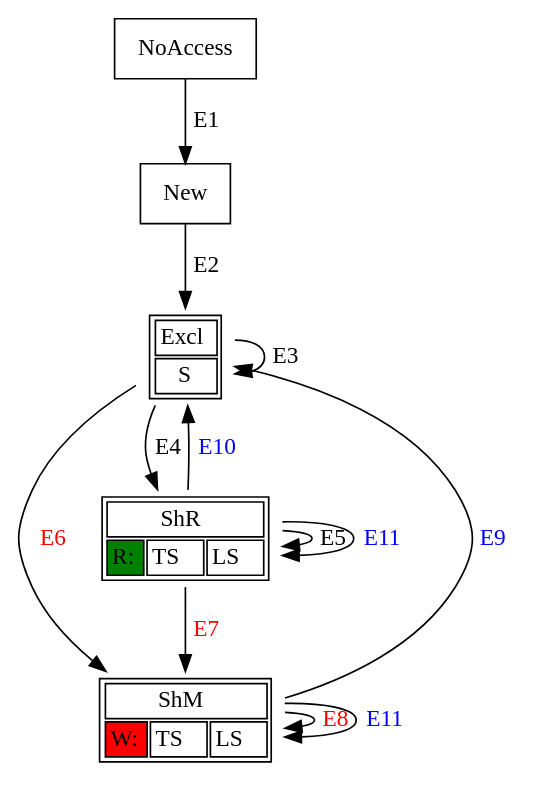
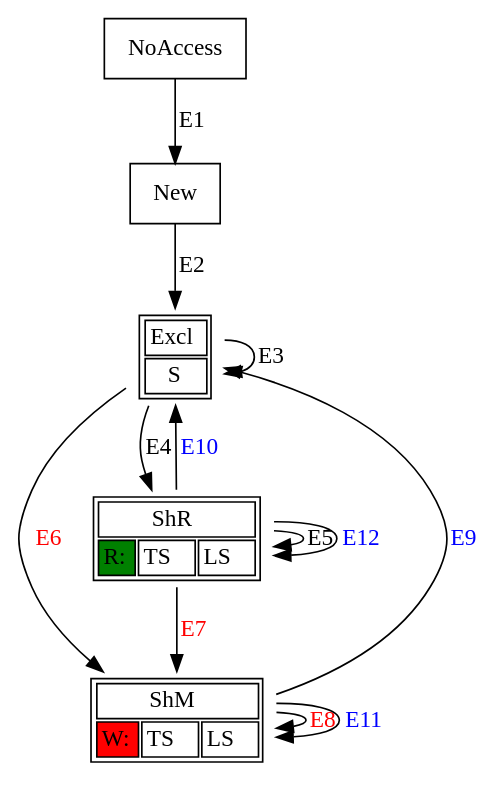
One commit to spurious/ThreadSanitizer-mirror changed the diagram in msm/helgrind330.dot. Above: the diagram before and after it, drawn with Graphviz. The commit also changed 1 other file, not shown here.

```diff
--- a/msm/helgrind330.dot
+++ b/msm/helgrind330.dot
@@ -1,50 +1,50 @@
 // This graph show the memory state machine in helgrind 3.3.0
 
 digraph helgrind330{
    NoAccess [shape=rectangle label="NoAccess"];
 
    New [shape=rectangle label="New"];
 
    Excl [shape=plaintext label=<<TABLE BGCOLOR="white"> <tr> 
         <td colspan="1">Excl</td> 
       </tr> <tr> 
         <td>S</td>
       </tr> </TABLE>>
     ]
     
     ShM  [shape=plaintext label=<<TABLE BGCOLOR="white"> <tr> 
         <td colspan="3">ShM</td> 
       </tr> <tr> 
         <td bgcolor="red">W:</td>
         <td> TS </td>
         <td> LS </td>
       </tr> </TABLE>>
     ]
 
     ShR  [shape=plaintext label=<<TABLE BGCOLOR="white"> <tr> 
         <td colspan="3">ShR</td> 
       </tr> <tr> 
         <td bgcolor="green">R:</td>
         <td> TS </td>
         <td> LS </td>
       </tr> </TABLE>>
     ]
 
-   NoAccess -> New   [fontcolor="black" label=" E1"];
-   New      -> Excl  [fontcolor="black" label=" E2"];
-   Excl     -> Excl  [fontcolor="black" label=" E3"];
-   Excl     -> ShR   [fontcolor="black" label=" E4"];
-   ShR      -> ShR   [fontcolor="black" label=" E5"];
+   NoAccess -> New   [fontcolor="black" label="E1"];
+   New      -> Excl  [fontcolor="black" label="E2"];
+   Excl     -> Excl  [fontcolor="black" label="E3"];
+   Excl     -> ShR   [fontcolor="black" label="E4"];
+   ShR      -> ShR   [fontcolor="black" label="E5"];
 
 // race may be reported here 
-   Excl     -> ShM   [fontcolor="red"   label=" E6"];
-   ShR      -> ShM   [fontcolor="red"   label=" E7"]; 
-   ShM      -> ShM   [fontcolor="red"   label=" E8"];
+   Excl     -> ShM   [fontcolor="red"   label="E6"];
+   ShR      -> ShM   [fontcolor="red"   label="E7"]; 
+   ShM      -> ShM   [fontcolor="red"   label="E8"];
 
 // thread join
-   ShM      -> Excl  [fontcolor="blue" label=" E9"];
-   ShR      -> Excl  [fontcolor="blue" label=" E10"];
-   ShM      -> ShM   [fontcolor="blue" label=" E11"];
-   ShR      -> ShR   [fontcolor="blue" label=" E11"];
+   ShM      -> Excl  [fontcolor="blue"  label="E9"];
+   ShR      -> Excl  [fontcolor="blue"  label="E10"];
+   ShM      -> ShM   [fontcolor="blue"  label="E11"];
+   ShR      -> ShR   [fontcolor="blue"  label="E12"];
 
 }
```
